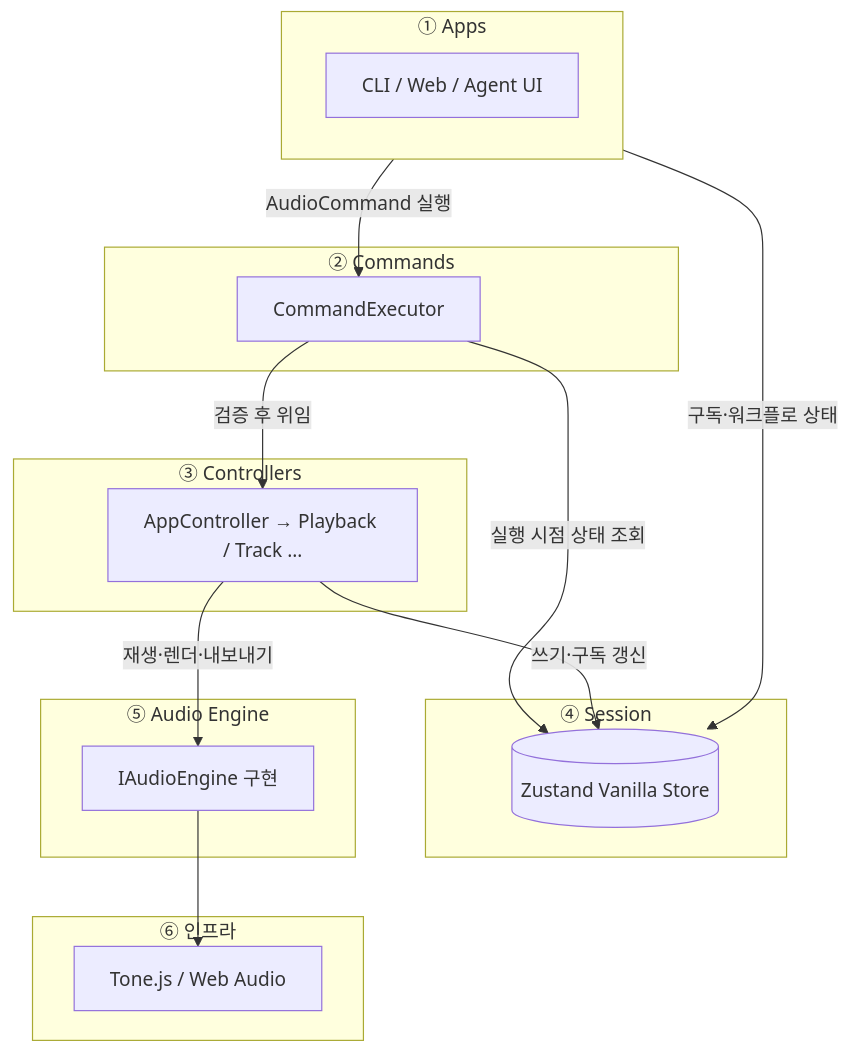
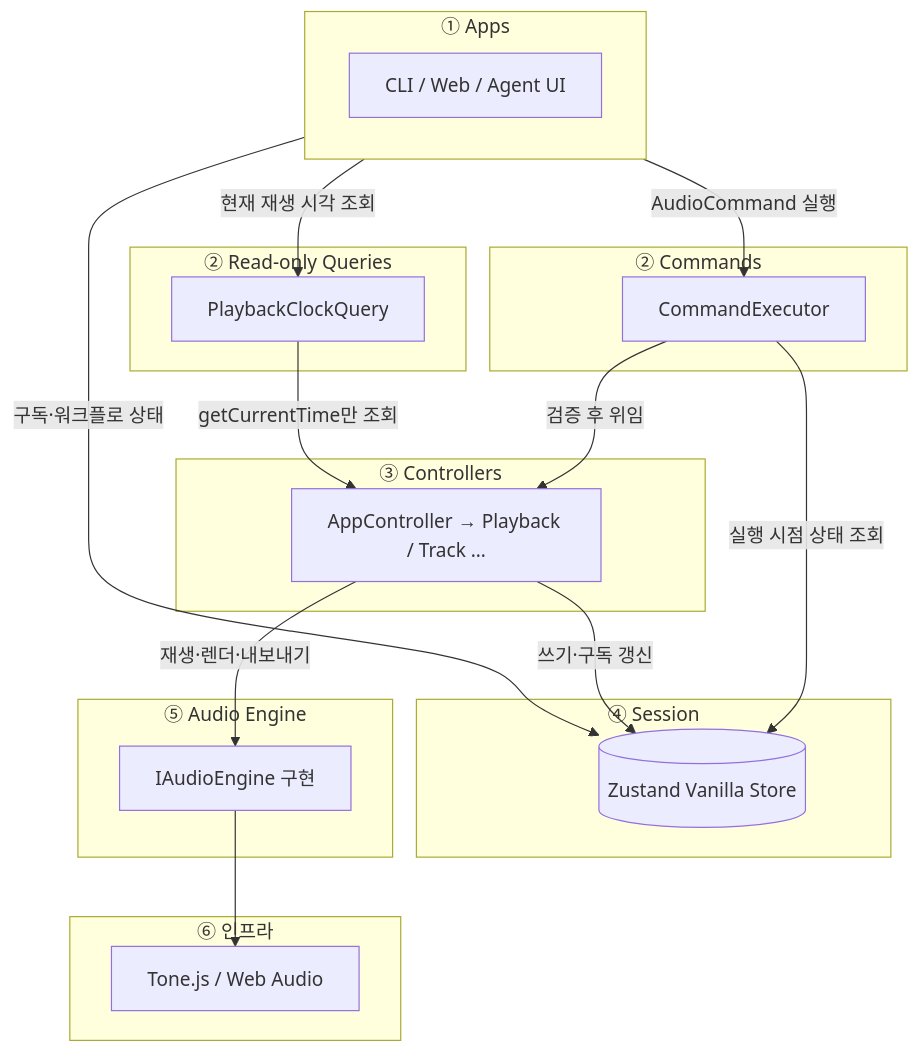
Before and after one commit to whizzkid1452/drop-ai: the first of 4 diagrams in docs/architecture.md, drawn with Mermaid. The commit also changed other lines of this file and 12 other files, not shown here.

````diff
--- a/docs/architecture.md
+++ b/docs/architecture.md
@@ -18,36 +21,42 @@
 ```mermaid
 flowchart TB
     subgraph apps["① Apps"]
         direction LR
         A["CLI / Web / Agent UI"]
     end
 
     subgraph command["② Commands"]
         CE["CommandExecutor"]
+    end
+
+    subgraph query["② Read-only Queries"]
+        Q["PlaybackClockQuery"]
     end
 
     subgraph ctrl["③ Controllers"]
         AC["AppController → Playback / Track …"]
     end
 
     subgraph state["④ Session"]
         SS[("Zustand Vanilla Store")]
     end
 
     subgraph ae["⑤ Audio Engine"]
         IAE["IAudioEngine 구현"]
     end
 
     subgraph low["⑥ 인프라"]
         T["Tone.js / Web Audio"]
     end
 
     A -->|"AudioCommand 실행"| CE
+    A -->|"현재 재생 시각 조회"| Q
     A -->|"구독·워크플로 상태"| SS
 
     CE -->|"검증 후 위임"| AC
     CE -->|"실행 시점 상태 조회"| SS
     AC -->|"쓰기·구독 갱신"| SS
     AC -->|"재생·렌더·내보내기"| IAE
+    Q -->|"getCurrentTime만 조회"| AC
     IAE --> T
 ```
````
